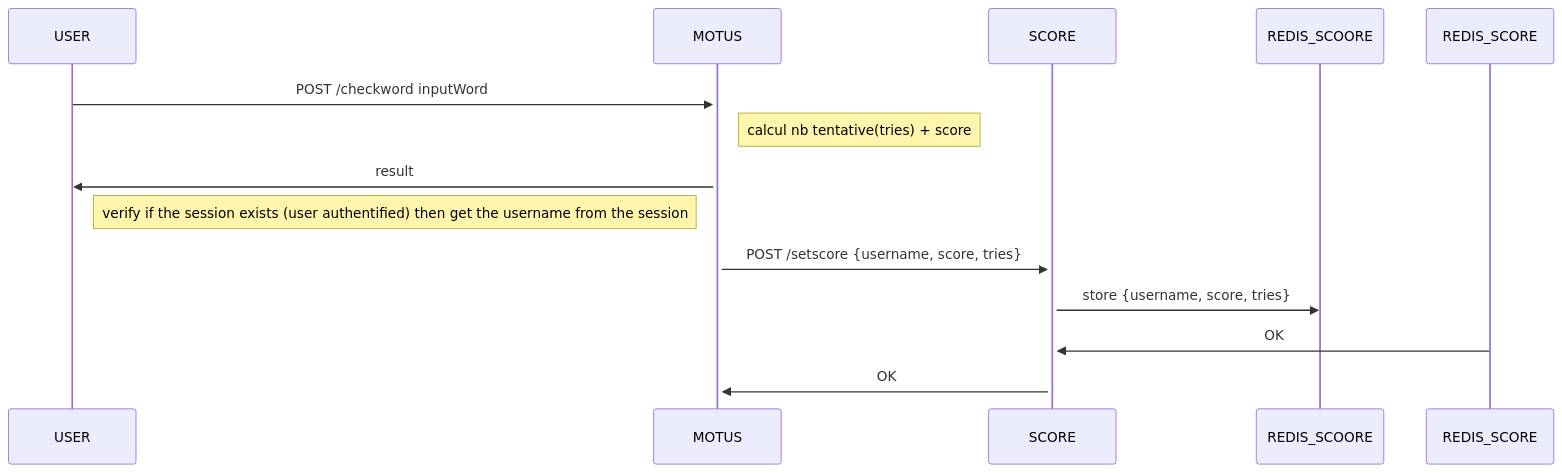
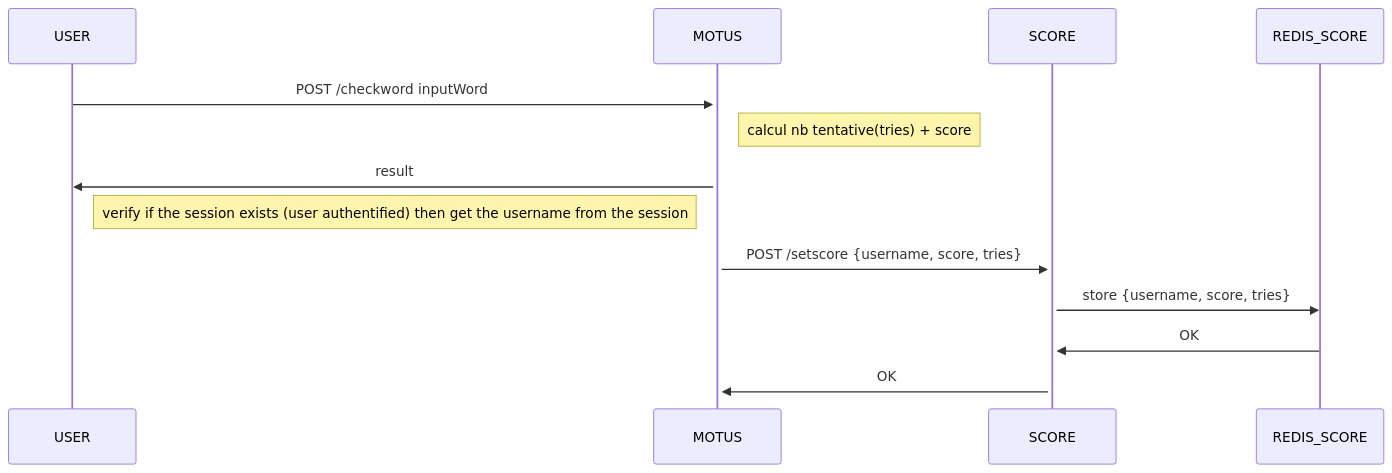
The second of 4 diagrams in README.md (essadany/motus), drawn with Mermaid before and after one commit. The commit also changed other lines of this file, not shown here.

````diff
--- a/README.md
+++ b/README.md
@@ -15,11 +15,11 @@
 ```mermaid
 sequenceDiagram
     USER->>+MOTUS:POST /checkword  inputWord
     note right of MOTUS : calcul nb tentative(tries) + score
     MOTUS->>USER : result
     note left of MOTUS: verify if the session exists (user authentified) then get the username from the session
     MOTUS->>+SCORE : POST /setscore {username, score, tries}
-    SCORE->>REDIS_SCOORE : store {username, score, tries}
+    SCORE->>REDIS_SCORE : store {username, score, tries}
     REDIS_SCORE->>SCORE : OK
     SCORE->>MOTUS : OK
 ```
````
